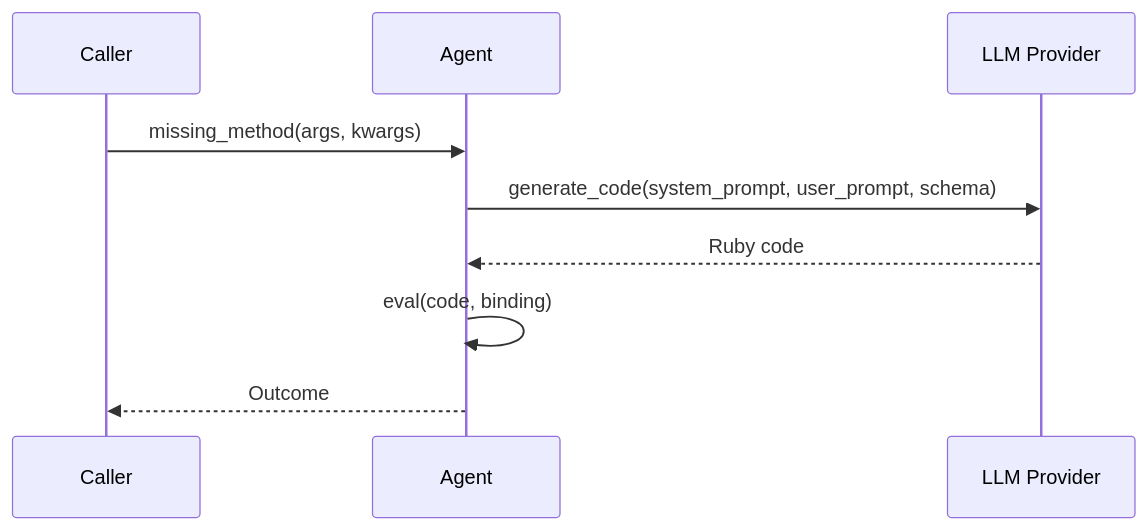
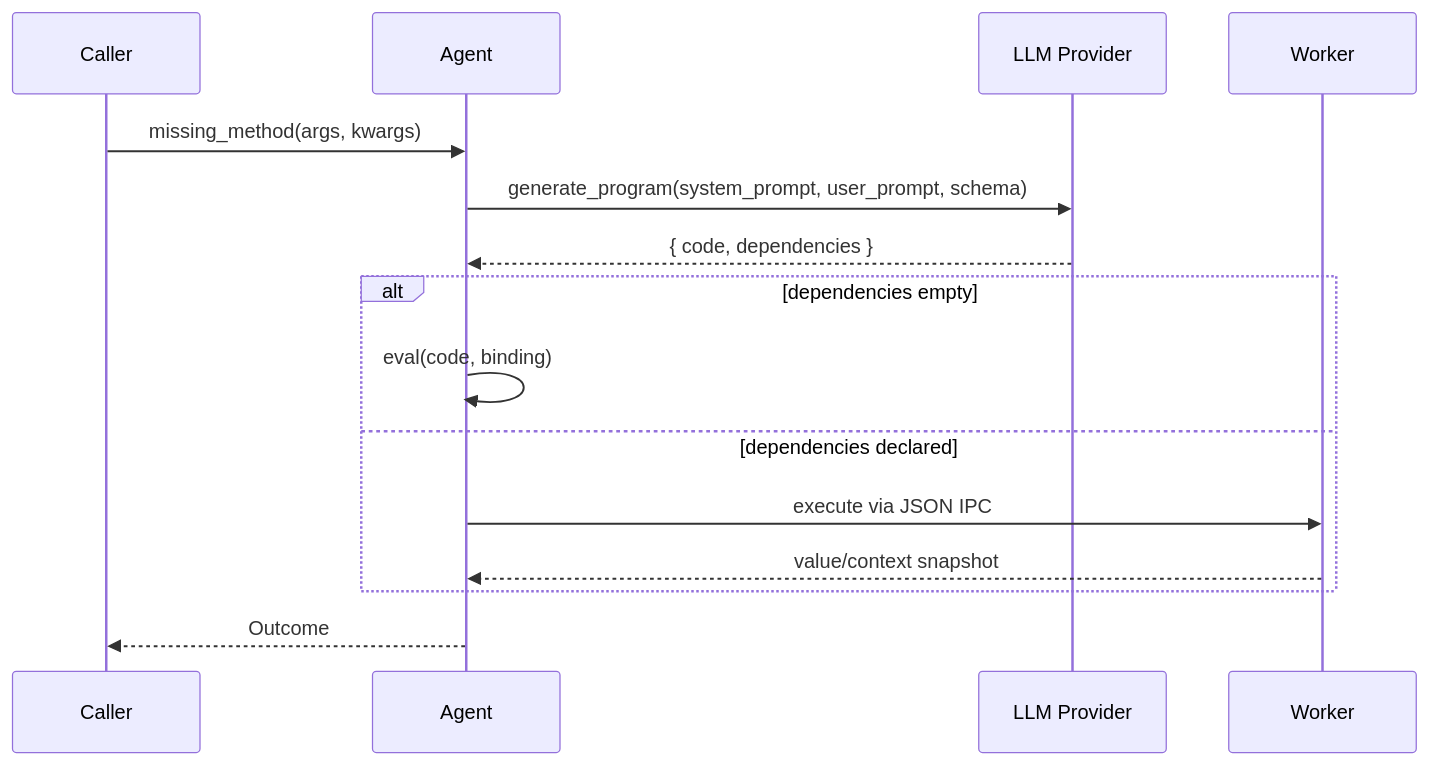
The diagram in docs/index.md (kulesh/recurgent), drawn with Mermaid before and after one commit. The commit also changed other lines of this file and 3 other files, not shown here.

Commit message:
docs: document runtime configuration and preparation flow

````diff
--- a/docs/index.md
+++ b/docs/index.md
@@ -46,12 +51,18 @@
 ```mermaid
 sequenceDiagram
   participant C as Caller
   participant A as Agent
   participant L as LLM Provider
+  participant W as Worker
 
   C->>A: missing_method(args, kwargs)
-  A->>L: generate_code(system_prompt, user_prompt, schema)
-  L-->>A: Ruby code
-  A->>A: eval(code, binding)
+  A->>L: generate_program(system_prompt, user_prompt, schema)
+  L-->>A: { code, dependencies }
+  alt dependencies empty
+    A->>A: eval(code, binding)
+  else dependencies declared
+    A->>W: execute via JSON IPC
+    W-->>A: value/context snapshot
+  end
   A-->>C: Outcome
 ```
````
